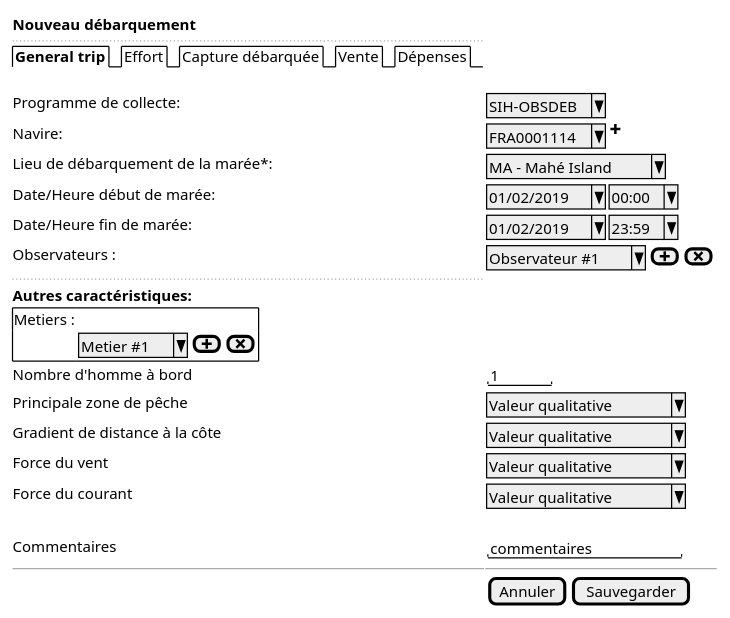
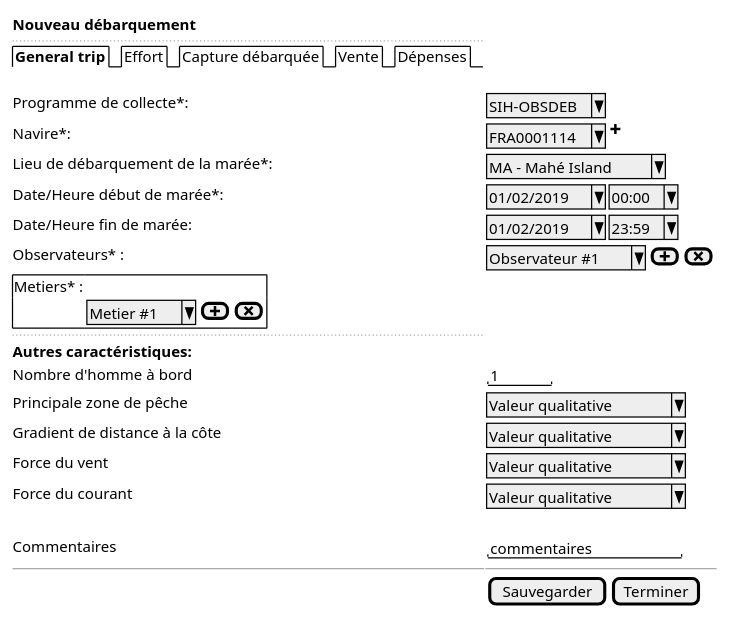
One commit to sumaris-net/sumaris-doc changed the diagram in use-case/collect/trip/landing-ui-var3a.puml. Above: the diagram before and after it, drawn with PlantUML. The commit also changed 20 other files, not shown here.

```diff
--- a/use-case/collect/trip/landing-ui-var3a.puml
+++ b/use-case/collect/trip/landing-ui-var3a.puml
@@ -1,31 +1,31 @@
 @startsalt
 {
   <b>Nouveau débarquement
   ..
   {/ <b>General trip | Effort | Capture débarquée | Vente | Dépenses }
   .
-  Programme de collecte:    | { ^SIH-OBSDEB^ }
-  Navire:                   | { ^FRA0001114^ | <&plus> }
+  Programme de collecte*:    | { ^SIH-OBSDEB^ }
+  Navire*:                   | { ^FRA0001114^ | <&plus> }
   Lieu de débarquement de la marée*:     | { ^MA - Mahé Island^ }
-  Date/Heure début de marée:  | { ^01/02/2019^ | ^00:00^ }
+  Date/Heure début de marée*:  | { ^01/02/2019^ | ^00:00^ }
   Date/Heure fin de marée:  | { ^01/02/2019^ | ^23:59^ }
-  Observateurs :            | { ^Observateur #1^ | [<&plus>] | [<&x>]}
+  Observateurs* :            | { ^Observateur #1^ | [<&plus>] | [<&x>]}
+  {+
+  Metiers* : |.
+  .                               | { ^Metier #1^ | [<&plus>] | [<&x>]}
+  }
   ..
   <b>Autres caractéristiques:
-  {+
-  Metiers : |.
-  .                               | { ^Metier #1^ | [<&plus>] | [<&x>]}
-  }
   Nombre d'homme à bord           | { "   1  " }
   Principale zone de pêche        | { ^Valeur qualitative^ }
   Gradient de distance à la côte  | { ^Valeur qualitative^ }
   Force du vent                   | { ^Valeur qualitative^ }
   Force du courant                | { ^Valeur qualitative^ }
   .
   Commentaires              | { "commentaires       "}
 
   -- | --
 
-  .                          | {[Annuler] | [Sauvegarder]}
+  .                          | {[Sauvegarder] | [Terminer]}
 }
 @endsalt
```
